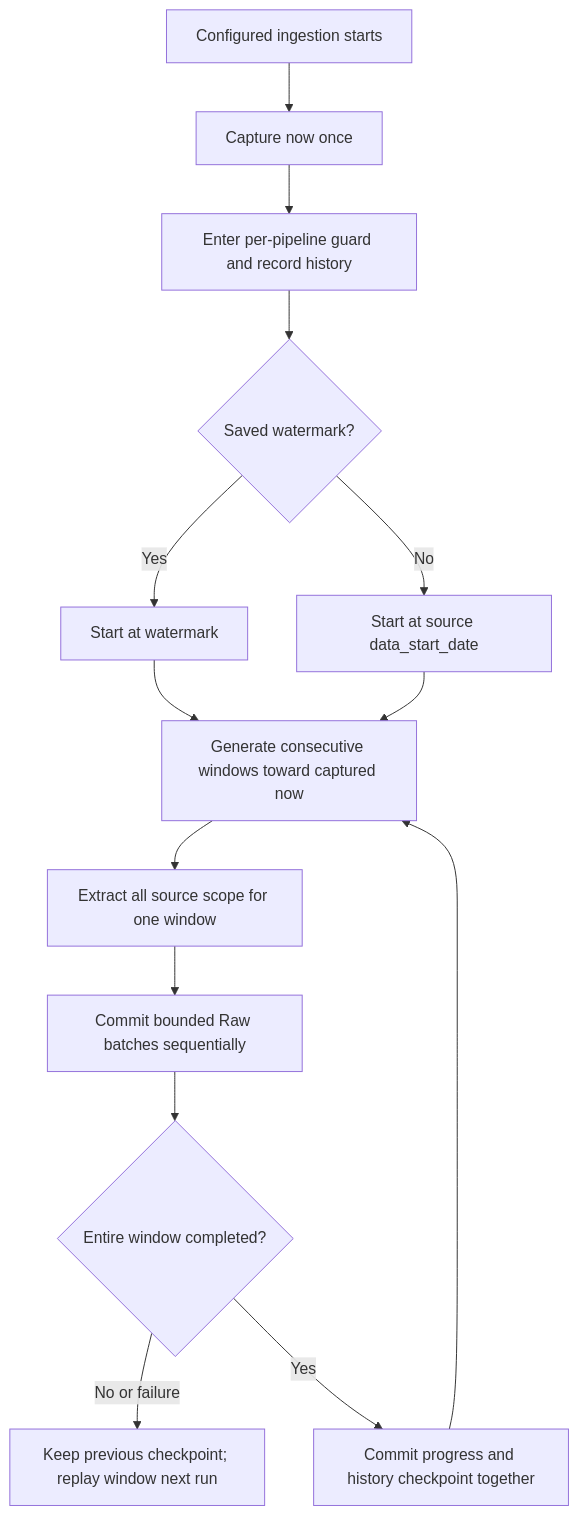
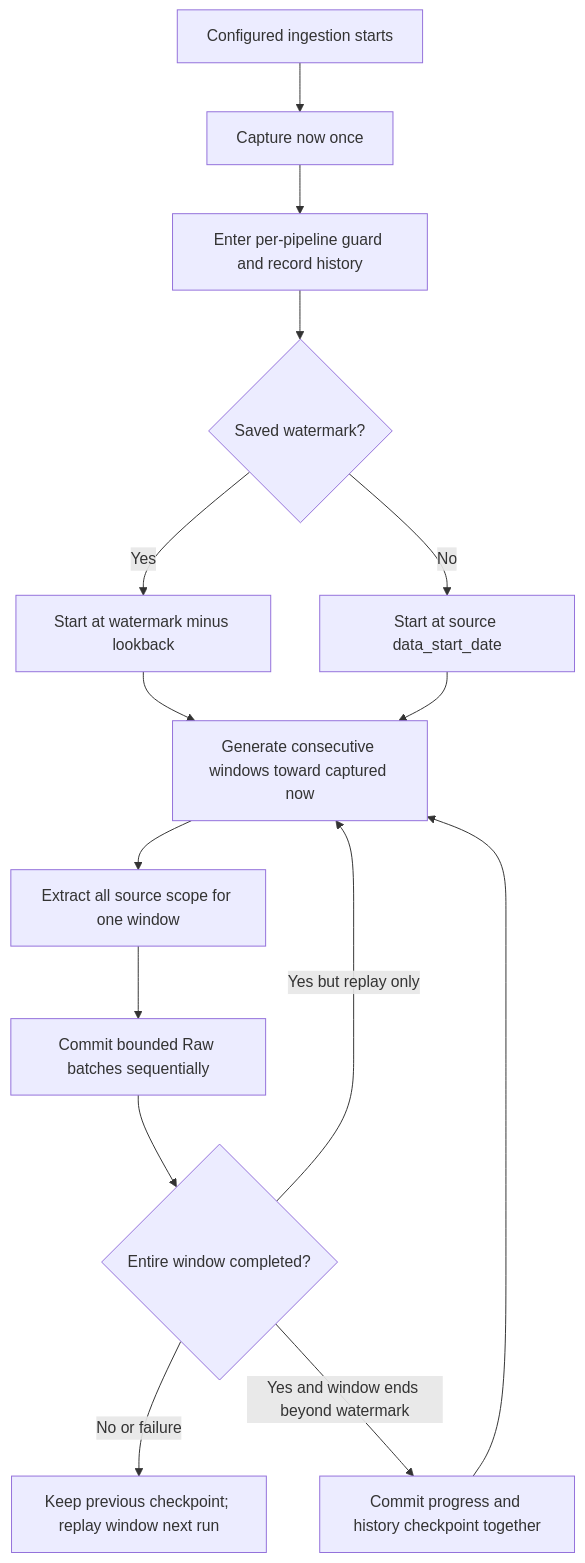
The third of 3 diagrams in documentation/data-flow.md (Shralp-Tamarack/data-pipeline-system-v2), drawn with Mermaid before and after one commit. The commit also changed other lines of this file and 44 other files, not shown here.

````diff
--- a/documentation/data-flow.md
+++ b/documentation/data-flow.md
@@ -71,16 +71,17 @@
 ```mermaid
 flowchart TD
     A[Configured ingestion starts] --> B[Capture now once]
     B --> C[Enter per-pipeline guard and record history]
     C --> D{Saved watermark?}
-    D -->|Yes| E[Start at watermark]
+    D -->|Yes| E[Start at watermark minus lookback]
     D -->|No| F[Start at source data_start_date]
     E --> G[Generate consecutive windows toward captured now]
     F --> G
     G --> H[Extract all source scope for one window]
     H --> I[Commit bounded Raw batches sequentially]
     I --> J{Entire window completed?}
     J -->|No or failure| K[Keep previous checkpoint; replay window next run]
-    J -->|Yes| L[Commit progress and history checkpoint together]
+    J -->|Yes and window ends beyond watermark| L[Commit progress and history checkpoint together]
+    J -->|Yes but replay only| G
     L --> G
 ```
````
